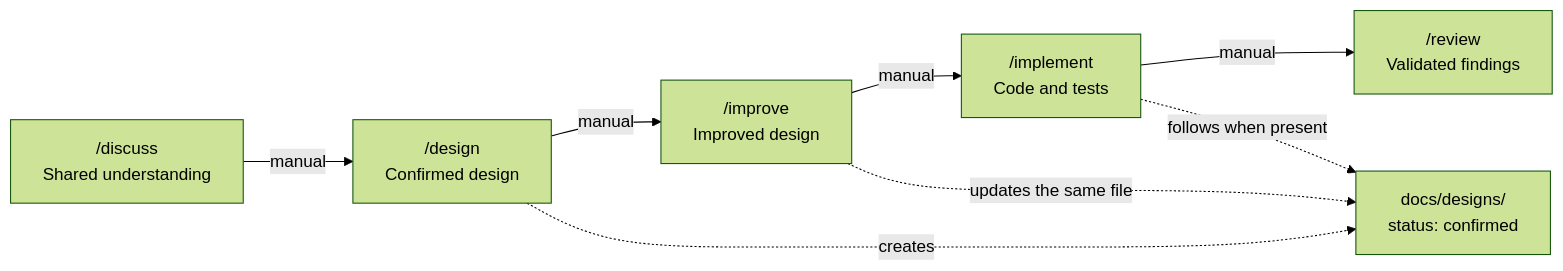
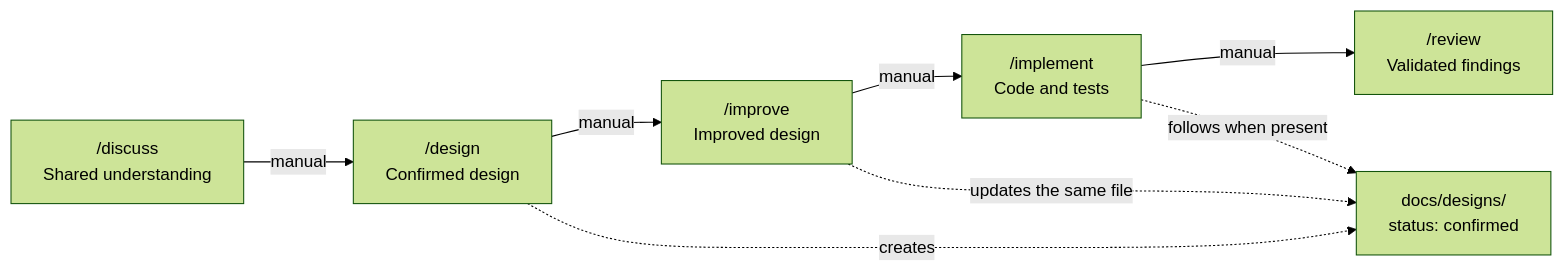
One commit to itzLan1126/Workflow changed the diagram in README.md. Above: the diagram before and after it, drawn with Mermaid (forest theme).

Commit message:
docs: prevent diagram control overlap

````diff
--- a/README.md
+++ b/README.md
@@ -9,11 +9,12 @@
 ```mermaid
+%%{init: { "flowchart": { "diagramPadding": 200 } } }%%
 flowchart LR
     A["/discuss<br/>Shared understanding"] -->|manual| B["/design<br/>Confirmed design"]
     B -->|manual| C["/improve<br/>Improved design"]
     C -->|manual| D["/implement<br/>Code and tests"]
     D -->|manual| E["/review<br/>Validated findings"]
 
     B -. creates .-> F["docs/designs/<br/>status: confirmed"]
     C -. updates the same file .-> F
     D -. follows when present .-> F
 ```
````
